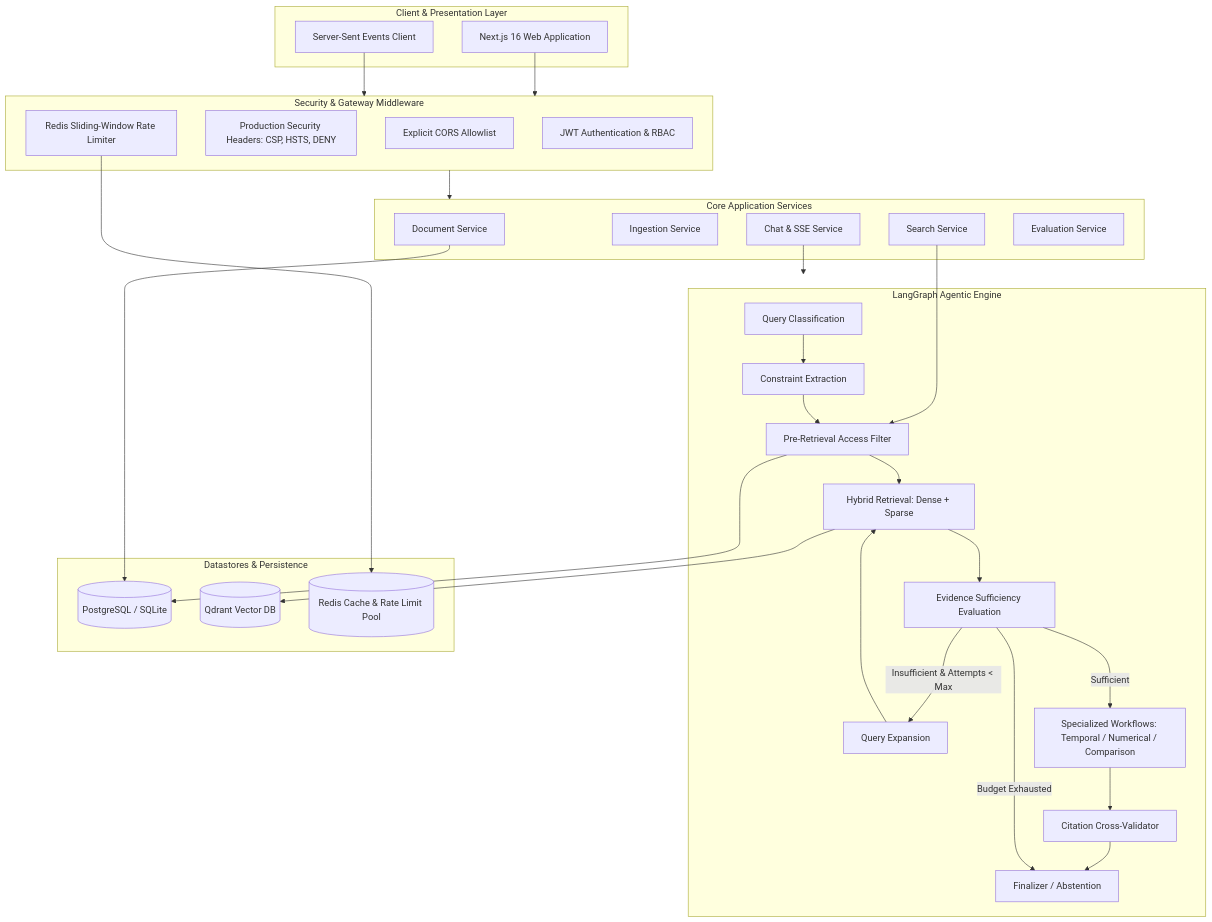
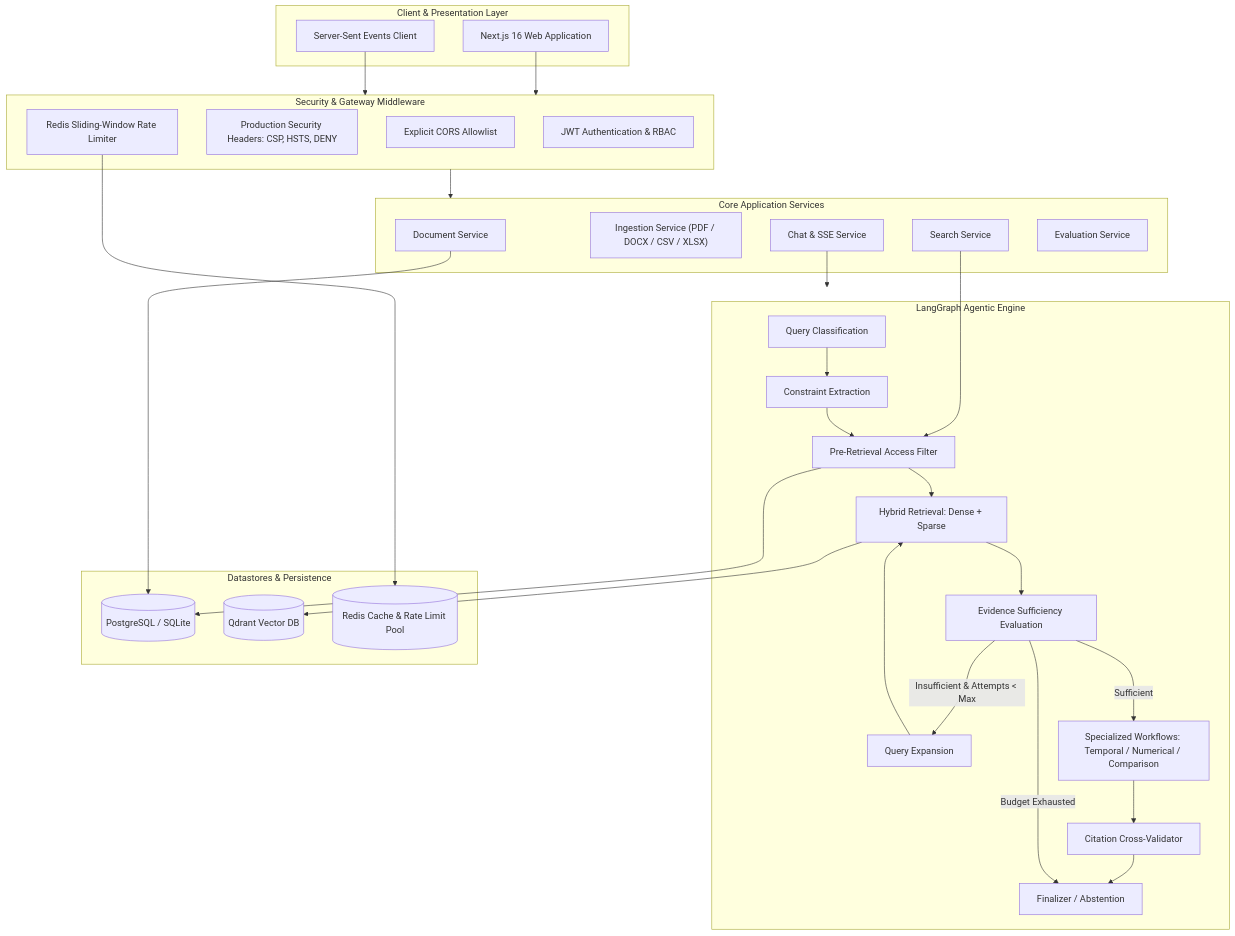
The diagram in README.md (ahmadXplore/Enterprise-RAG), drawn with Mermaid before and after one commit. The commit also changed other lines of this file and 4 other files, not shown here.

````diff
--- a/README.md
+++ b/README.md
@@ -118,57 +120,57 @@
 ```mermaid
 flowchart TD
     subgraph Client ["Client & Presentation Layer"]
         WebUI["Next.js 16 Web Application"]
         SSEStream["Server-Sent Events Client"]
     end
 
     subgraph SecurityGateway ["Security & Gateway Middleware"]
         CORS["Explicit CORS Allowlist"]
         SecHeaders["Production Security Headers: CSP, HSTS, DENY"]
         RateLimit["Redis Sliding-Window Rate Limiter"]
         AuthGuard["JWT Authentication & RBAC"]
     end
 
     subgraph AppServices ["Core Application Services"]
         DocService["Document Service"]
-        IngestService["Ingestion Service"]
+        IngestService["Ingestion Service (PDF / DOCX / CSV / XLSX)"]
         SearchService["Search Service"]
         ChatService["Chat & SSE Service"]
         EvalService["Evaluation Service"]
     end
 
     subgraph AgenticEngine ["LangGraph Agentic Engine"]
         Classifier["Query Classification"]
         Extractor["Constraint Extraction"]
         AccessFilter["Pre-Retrieval Access Filter"]
         HybridRetriever["Hybrid Retrieval: Dense + Sparse"]
         Assessor["Evidence Sufficiency Evaluation"]
         Expander["Query Expansion"]
         Workflows["Specialized Workflows: Temporal / Numerical / Comparison"]
         CitationValidator["Citation Cross-Validator"]
         Finalizer["Finalizer / Abstention"]
     end
 
     subgraph Storage ["Datastores & Persistence"]
         DB[("PostgreSQL / SQLite")]
         Qdrant[("Qdrant Vector DB")]
         Redis[("Redis Cache & Rate Limit Pool")]
     end
 
     WebUI --> SecurityGateway
     SSEStream --> SecurityGateway
     SecurityGateway --> AppServices
 
     SearchService --> AccessFilter
     ChatService --> AgenticEngine
 
     AccessFilter --> DB
     HybridRetriever --> Qdrant
     RateLimit --> Redis
     DocService --> DB
 
     Classifier --> Extractor --> AccessFilter --> HybridRetriever --> Assessor
     Assessor -->|"Insufficient & Attempts < Max"| Expander --> HybridRetriever
     Assessor -->|"Sufficient"| Workflows --> CitationValidator --> Finalizer
     Assessor -->|"Budget Exhausted"| Finalizer
 ```
````
